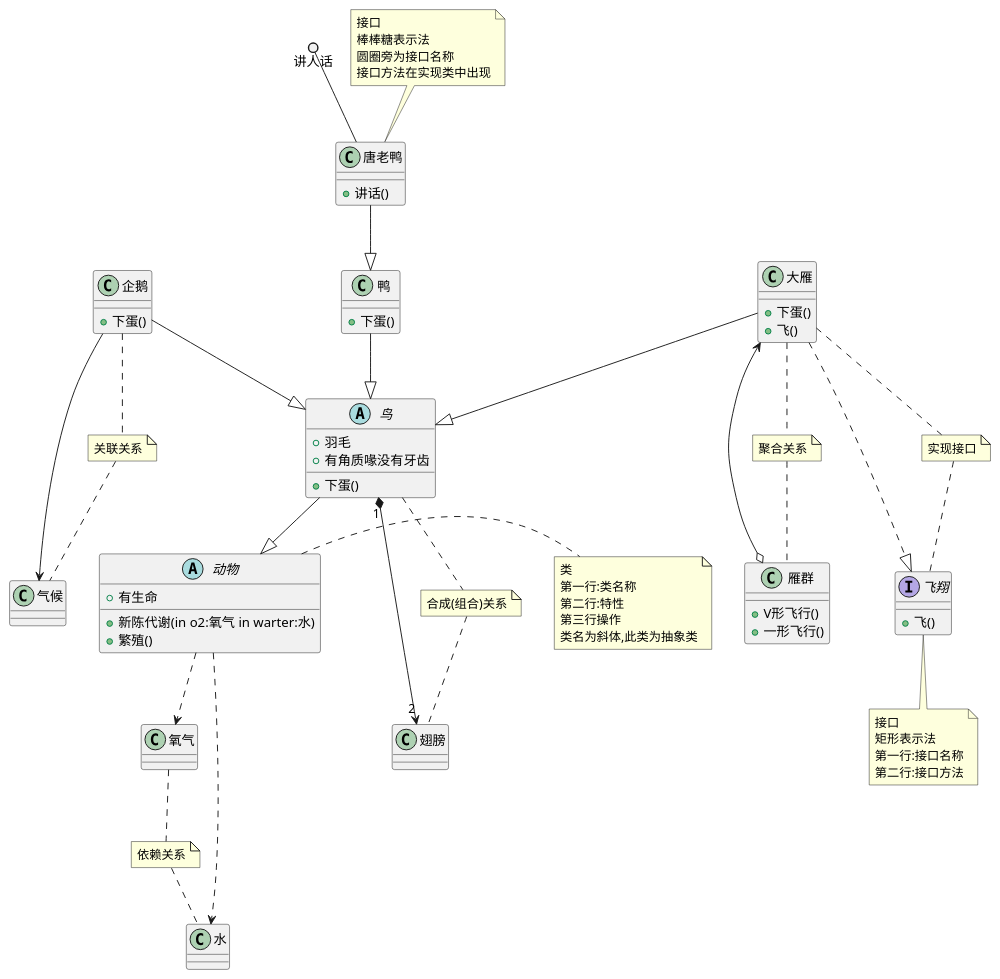
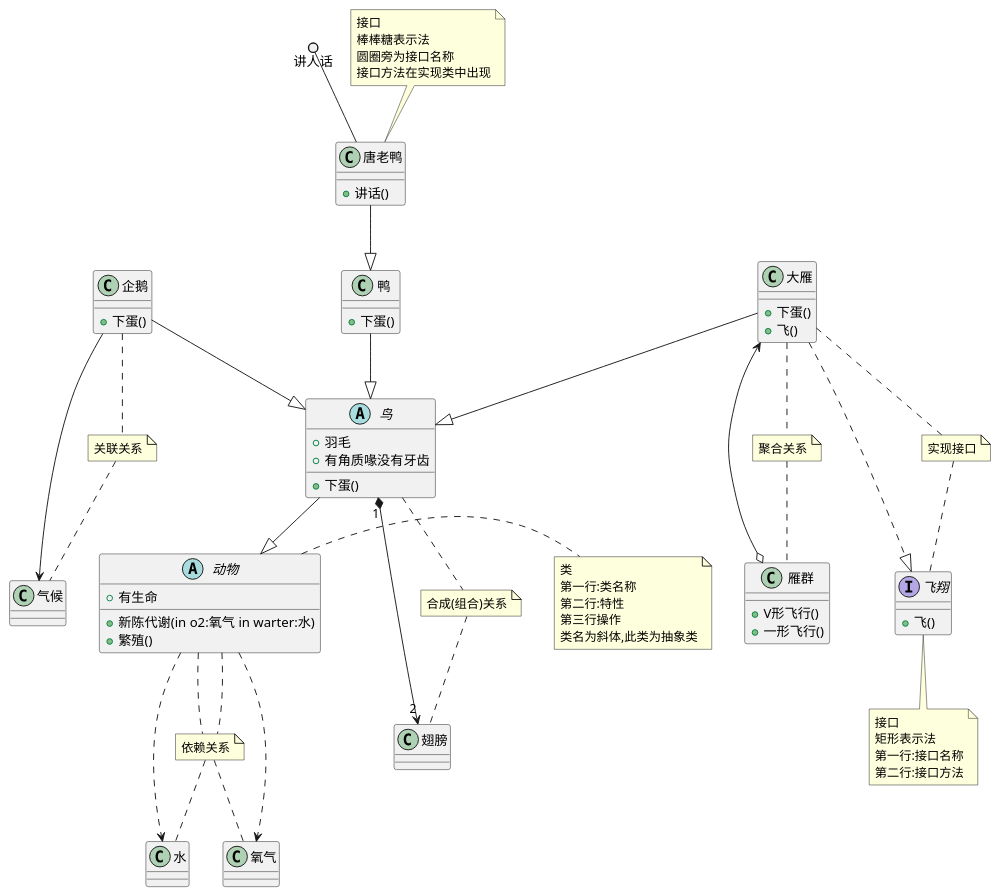
One commit to qq46128558/sample changed the diagram in design-mode/uml.md. Above: the diagram before and after it, drawn with PlantUML.

Commit message:
Sample code improved: M design-mode/uml.md

````diff
--- a/design-mode/uml.md
+++ b/design-mode/uml.md
@@ -3,73 +3,75 @@
 ```uml
 UML 类图图示样例
 @startuml
 abstract class 动物 {
     +有生命
     +新陈代谢(in o2:氧气 in warter:水)
     +繁殖()
 }
 class 氧气
 class 水
 abstract class 鸟{
     +羽毛
     +有角质喙没有牙齿
     +下蛋()
 }
 class 翅膀
 class 鸭{
     +下蛋()
 }
 class 企鹅{
     +下蛋()
 }
 class 气候
 class 大雁{
     +下蛋()
     +飞()
 }
 class 雁群{
     +V形飞行()
     +一形飞行()
 }
 interface 飞翔{
     +飞()
 }
 class 唐老鸭{
     +讲话()
 }
 讲人话()--唐老鸭
 
 note right of 动物: 类\n第一行:类名称\n第二行:特性\n第三行操作\n类名为斜体,此类为抽象类
 
 动物..>氧气
 动物..>水
 note "依赖关系" as n1
-氧气..n1
+动物..n1
 n1..水
+动物..n1
+n1..氧气
 
 鸟--|>动物
 note "合成(组合)关系" as n2
 鸟 "1" *-->"2" 翅膀
 鸟..n2
 n2..翅膀
 鸭--|>鸟
 企鹅--|>鸟
 企鹅-->气候
 note "关联关系" as n3
 企鹅..n3
 n3..气候
 大雁--|>鸟
 雁群 o-->大雁
 note "聚合关系" as n4
 大雁..n4
 n4..雁群
 大雁..|>飞翔
 note "实现接口" as n5
 大雁..n5
 n5..飞翔
 note bottom of 飞翔: 接口\n矩形表示法\n第一行:接口名称\n第二行:接口方法
 唐老鸭--|>鸭
 note top of 唐老鸭: 接口\n棒棒糖表示法\n圆圈旁为接口名称\n接口方法在实现类中出现
 
 @enduml
 ```
````
